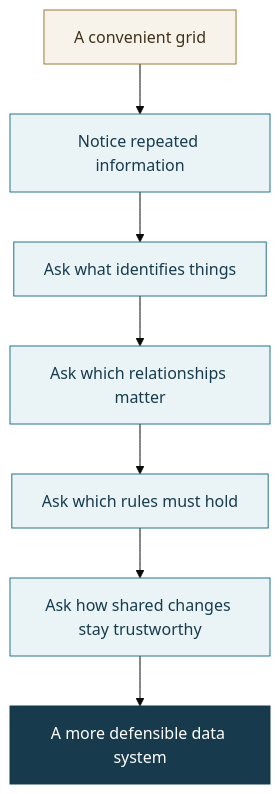
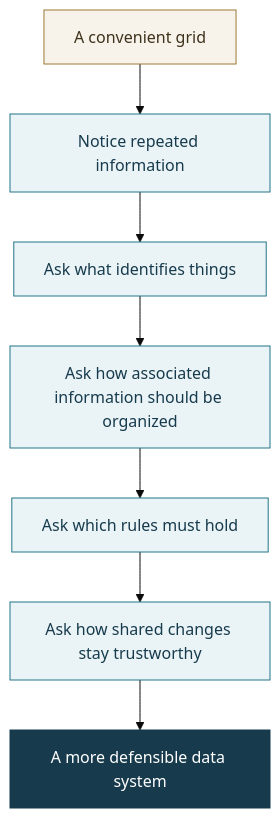
Before and after one commit to JacobDowns/CSCI340: the fourth of 4 diagrams in lectures/week-01-database-or-spreadsheet.qmd, drawn with Mermaid (base theme). The commit also changed other lines of this file and 8 other files, not shown here.

````diff
--- a/lectures/week-01-database-or-spreadsheet.qmd
+++ b/lectures/week-01-database-or-spreadsheet.qmd
@@ -529,16 +521,16 @@
 ```{mermaid}
 flowchart TD
     A["A convenient grid"] --> B["Notice repeated information"]
     B --> C["Ask what identifies things"]
-    C --> D["Ask which relationships matter"]
+    C --> D["Ask how associated information should be organized"]
     D --> E["Ask which rules must hold"]
     E --> F["Ask how shared changes stay trustworthy"]
     F --> G["A more defensible data system"]
 
     classDef start fill:#f7f3ea,stroke:#9b7b36,color:#3f321c;
     classDef process fill:#eaf4f7,stroke:#247487,color:#173b4d;
     classDef finish fill:#173b4d,stroke:#173b4d,color:#ffffff;
     class A start;
     class B,C,D,E,F process;
     class G finish;
 ```
````
